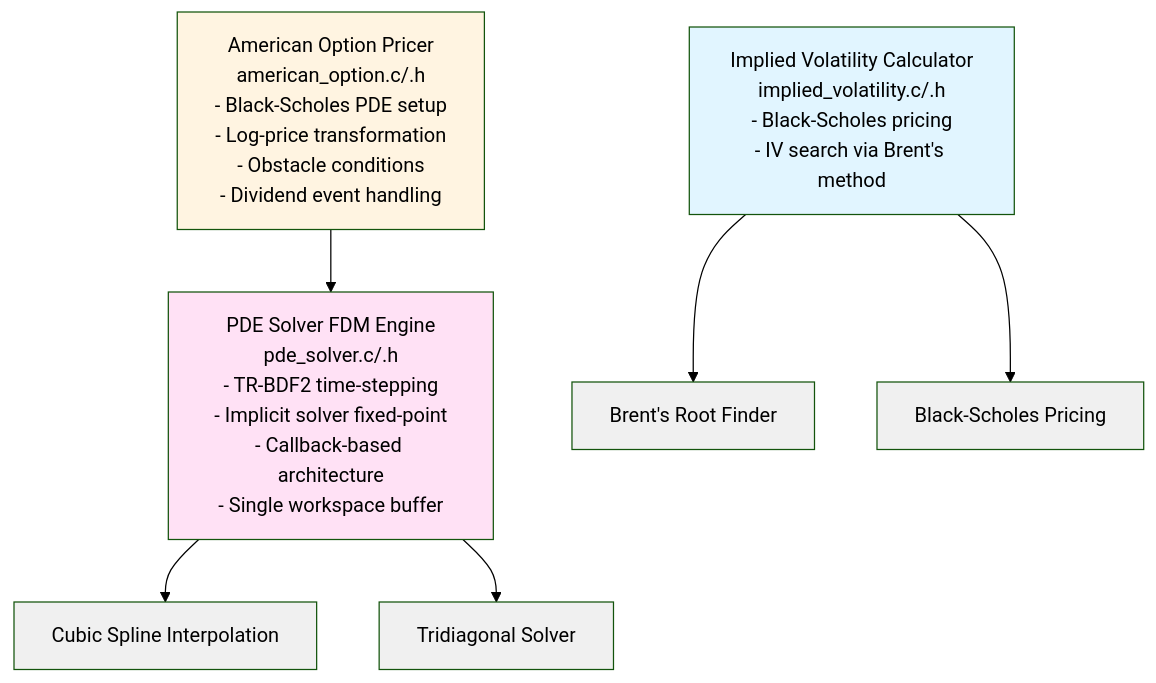
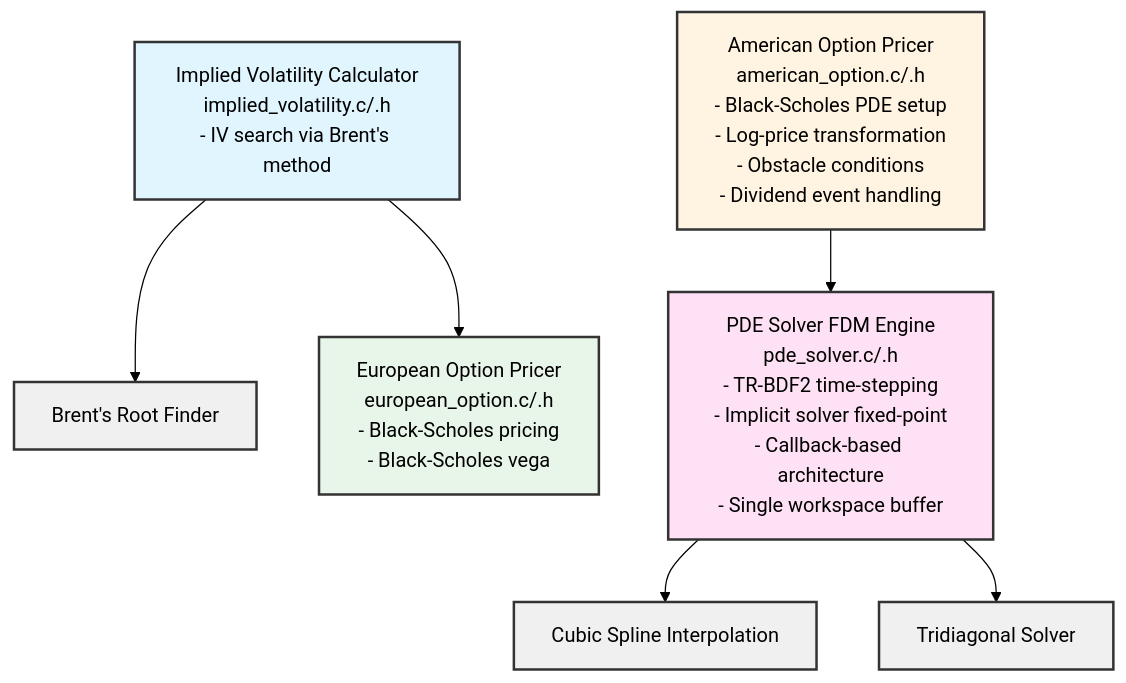
The first of 3 diagrams in docs/ARCHITECTURE.md (accelas/mango-option), drawn with Mermaid (forest theme) before and after one commit. The commit also changed other lines of this file, not shown here.

First line of the commit message:
Fix ARCHITECTURE.md inaccuracies based on code review

````diff
--- a/docs/ARCHITECTURE.md
+++ b/docs/ARCHITECTURE.md
@@ -21,27 +21,28 @@
 ```mermaid
 graph TD
-    IV[Implied Volatility Calculator<br/>implied_volatility.c/.h<br/>- Black-Scholes pricing<br/>- IV search via Brent's method]
+    IV[Implied Volatility Calculator<br/>implied_volatility.c/.h<br/>- IV search via Brent's method]
+
+    EO[European Option Pricer<br/>european_option.c/.h<br/>- Black-Scholes pricing<br/>- Black-Scholes vega]
 
     AO[American Option Pricer<br/>american_option.c/.h<br/>- Black-Scholes PDE setup<br/>- Log-price transformation<br/>- Obstacle conditions<br/>- Dividend event handling]
 
     PDE[PDE Solver FDM Engine<br/>pde_solver.c/.h<br/>- TR-BDF2 time-stepping<br/>- Implicit solver fixed-point<br/>- Callback-based architecture<br/>- Single workspace buffer]
 
     BRENT[Brent's Root Finder]
-    BS[Black-Scholes Pricing]
     SPLINE[Cubic Spline Interpolation]
     TRI[Tridiagonal Solver]
 
     IV --> BRENT
-    IV --> BS
+    IV --> EO
     AO --> PDE
     PDE --> SPLINE
     PDE --> TRI
 
-    style IV fill:#e1f5ff
-    style AO fill:#fff4e1
-    style PDE fill:#ffe1f5
-    style BRENT fill:#f0f0f0
-    style BS fill:#f0f0f0
-    style SPLINE fill:#f0f0f0
-    style TRI fill:#f0f0f0
+    style IV fill:#e1f5ff,stroke:#333,stroke-width:2px,color:#000
+    style EO fill:#e8f5e9,stroke:#333,stroke-width:2px,color:#000
+    style AO fill:#fff4e1,stroke:#333,stroke-width:2px,color:#000
+    style PDE fill:#ffe1f5,stroke:#333,stroke-width:2px,color:#000
+    style BRENT fill:#f0f0f0,stroke:#333,stroke-width:2px,color:#000
+    style SPLINE fill:#f0f0f0,stroke:#333,stroke-width:2px,color:#000
+    style TRI fill:#f0f0f0,stroke:#333,stroke-width:2px,color:#000
 ```
````
